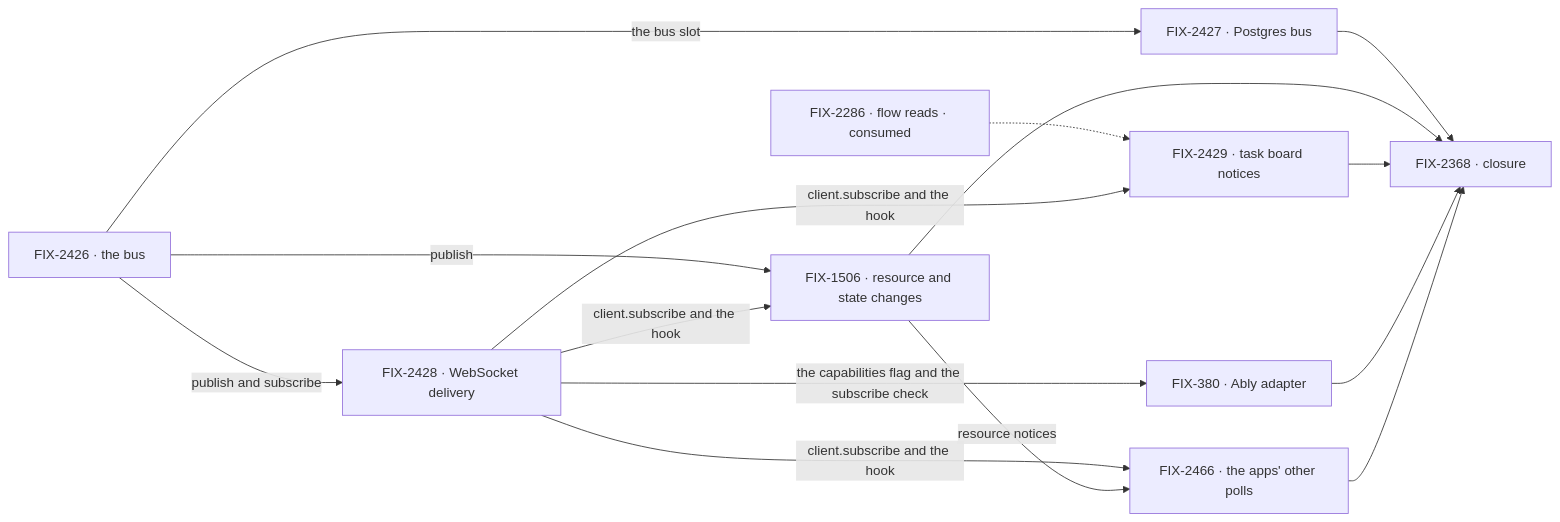
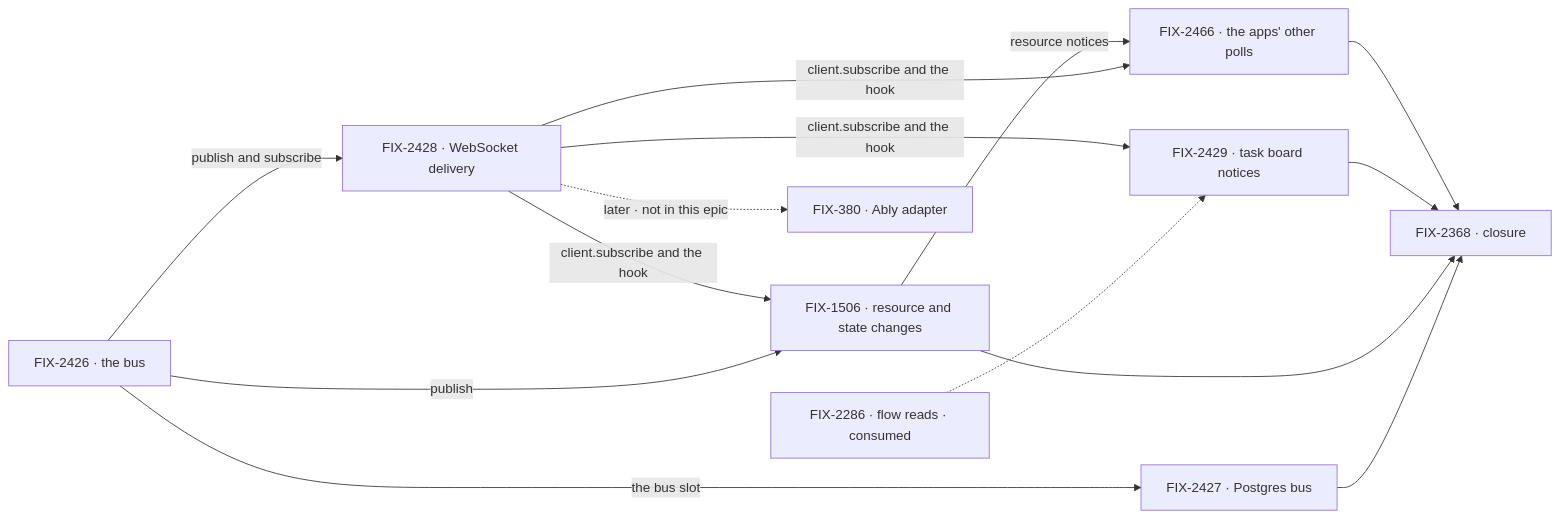
One commit to fixpoint-labs/flow-state-dev changed the second of 2 diagrams in specs/epics/FIX-2367/SPEC.md. Above: the diagram before and after it, drawn with Mermaid. The commit also changed other lines of this file and 6 other files, not shown here.

First line of the commit message:
spec(FIX-2368): no Ably in the closure; epic amended (owner)

````diff
--- a/specs/epics/FIX-2367/SPEC.md
+++ b/specs/epics/FIX-2367/SPEC.md
@@ -92,17 +91,16 @@
 ```mermaid
 flowchart LR
   R["FIX-2286 · flow reads · consumed"] -.-> T
   B["FIX-2426 · the bus"] -->|"the bus slot"| P["FIX-2427 · Postgres bus"]
   B -->|"publish and subscribe"| D["FIX-2428 · WebSocket delivery"]
   B -->|"publish"| F["FIX-1506 · resource and state changes"]
   D -->|"client.subscribe and the hook"| F
   D -->|"client.subscribe and the hook"| T["FIX-2429 · task board notices"]
-  D -->|"the capabilities flag and the subscribe check"| A["FIX-380 · Ably adapter"]
+  D -.->|"later · not in this epic"| A["FIX-380 · Ably adapter"]
   D -->|"client.subscribe and the hook"| O["FIX-2466 · the apps' other polls"]
   F -->|"resource notices"| O
   P --> C["FIX-2368 · closure"]
   F --> C
   T --> C
-  A --> C
   O --> C
 ```
````
